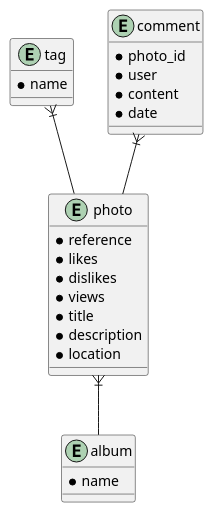
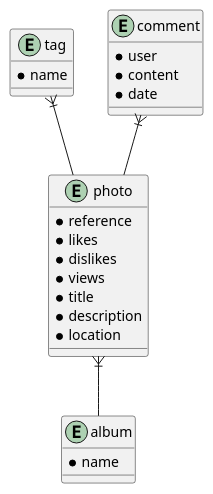
Before and after one commit to kubaczak/galeriaPAI: the diagram in docs/Konceptualny.puml, drawn with PlantUML.

```diff
--- a/docs/Konceptualny.puml
+++ b/docs/Konceptualny.puml
@@ -1,31 +1,30 @@
 @startuml  konceptualny
 entity album{
   * name
 }
 
 entity photo{
   * reference
   * likes
   * dislikes
   * views
   * title
   * description
   * location
 }
 
 entity tag{
   * name
 }
 
 entity comment{
-  * photo_id
   * user
   * content
   * date
 }
 
 
 photo }|-- album
 comment }|-- photo
 tag }|-- photo
 @enduml
```
